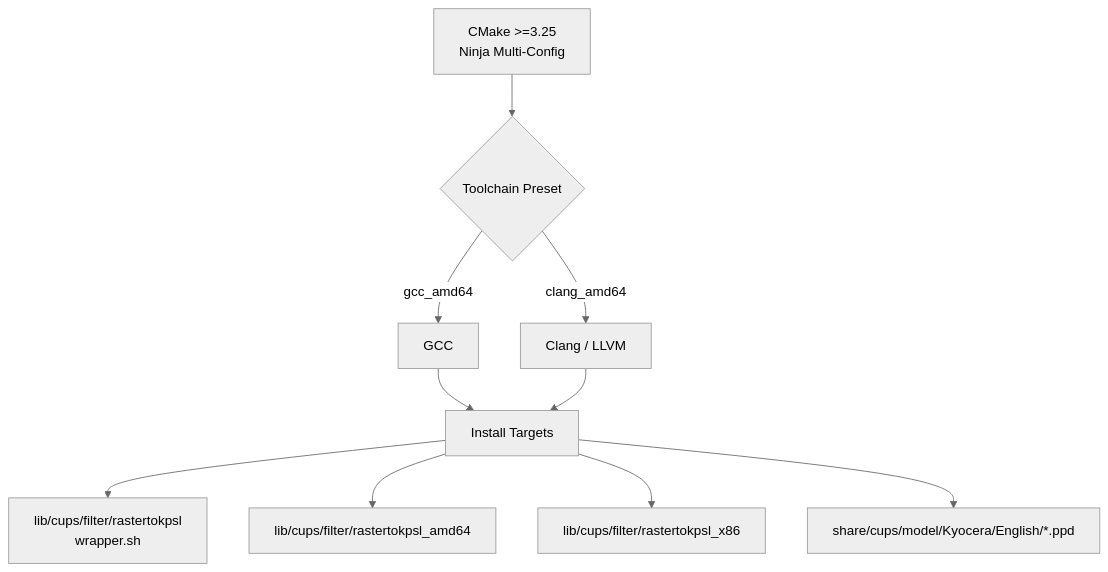
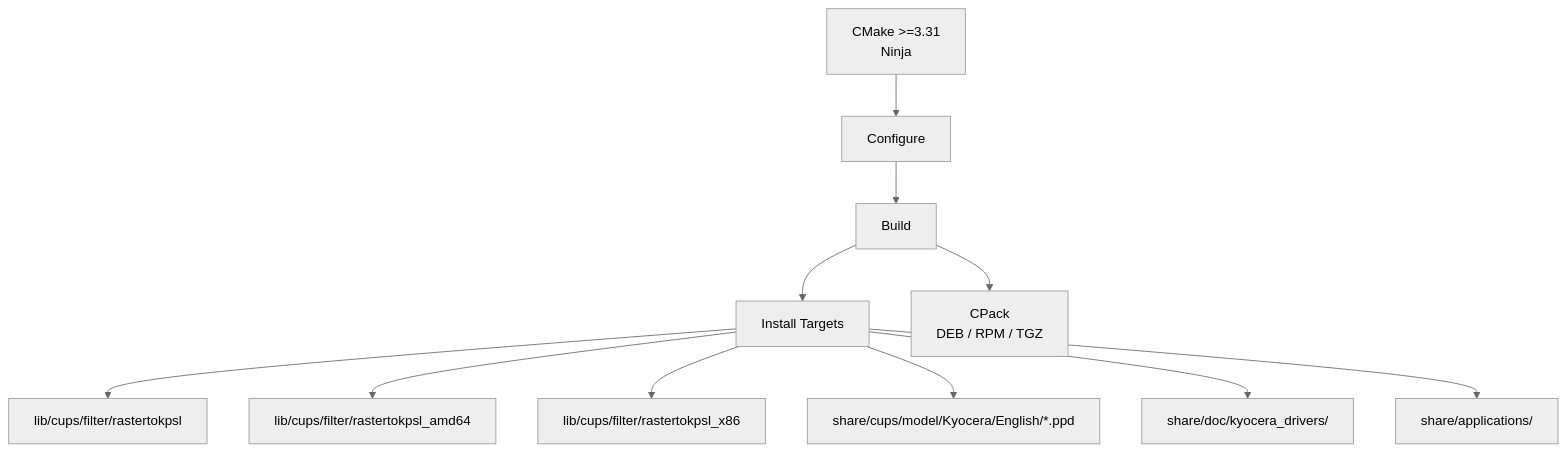
Before and after one commit to e-gleba/kyocera-drivers: the second of 2 diagrams in readme.md, drawn with Mermaid (neutral theme). The commit also changed other lines of this file, not shown here.

First line of the commit message:
readme: update for current CMake structure, add CI badge (#19)

````diff
--- a/readme.md
+++ b/readme.md
@@ -185,12 +175,13 @@
 ```mermaid
 flowchart TD
-    A[CMake >=3.25<br>Ninja Multi-Config] --> B{Toolchain Preset}
-    B -->|gcc_amd64| C[GCC]
-    B -->|clang_amd64| D[Clang / LLVM]
-    C --> E[Install Targets]
-    D --> E
-    E --> F[lib/cups/filter/rastertokpsl<br>wrapper.sh]
-    E --> G[lib/cups/filter/rastertokpsl_amd64]
-    E --> H[lib/cups/filter/rastertokpsl_x86]
-    E --> I[share/cups/model/Kyocera/English/*.ppd]
+    A[CMake >=3.31<br>Ninja] --> B[Configure]
+    B --> C[Build]
+    C --> D[Install Targets]
+    D --> E[lib/cups/filter/rastertokpsl]
+    D --> F[lib/cups/filter/rastertokpsl_amd64]
+    D --> G[lib/cups/filter/rastertokpsl_x86]
+    D --> H[share/cups/model/Kyocera/English/*.ppd]
+    D --> I[share/doc/kyocera_drivers/]
+    D --> J[share/applications/]
+    C --> K[CPack<br>DEB / RPM / TGZ]
 ```
````
